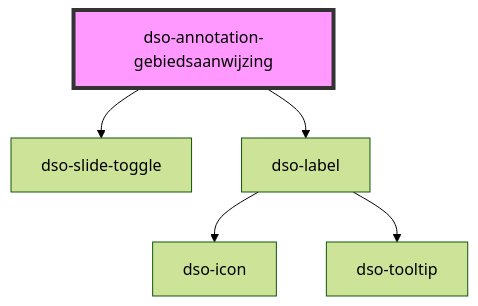
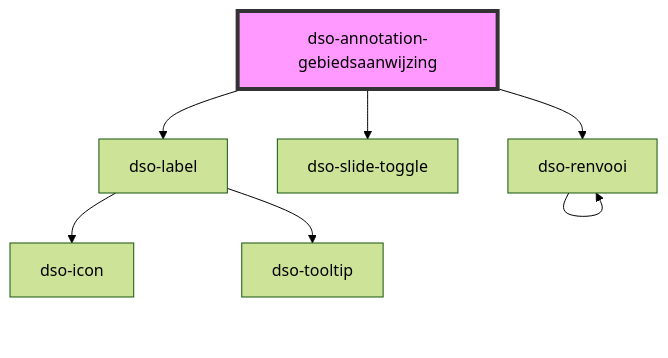
One commit to dso-toolkit/dso-toolkit changed the diagram in packages/core/src/components/annotation/annotation-gebiedsaanwijzing/readme.md. Above: the diagram before and after it, drawn with Mermaid (forest theme). The commit also changed other lines of this file and 44 other files, not shown here.

````diff
--- a/packages/core/src/components/annotation/annotation-gebiedsaanwijzing/readme.md
+++ b/packages/core/src/components/annotation/annotation-gebiedsaanwijzing/readme.md
@@ -40,8 +41,10 @@
 ```mermaid
 graph TD;
+  dso-annotation-gebiedsaanwijzing --> dso-renvooi
   dso-annotation-gebiedsaanwijzing --> dso-slide-toggle
   dso-annotation-gebiedsaanwijzing --> dso-label
+  dso-renvooi --> dso-renvooi
   dso-label --> dso-icon
   dso-label --> dso-tooltip
   style dso-annotation-gebiedsaanwijzing fill:#f9f,stroke:#333,stroke-width:4px
 ```
````
